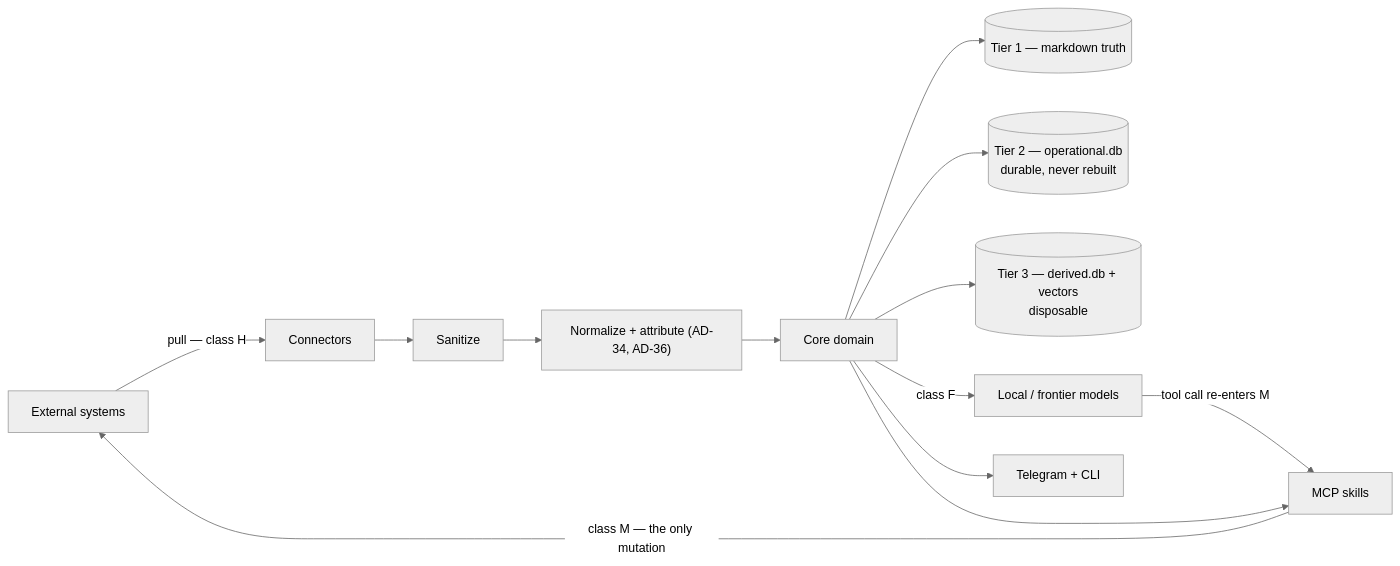
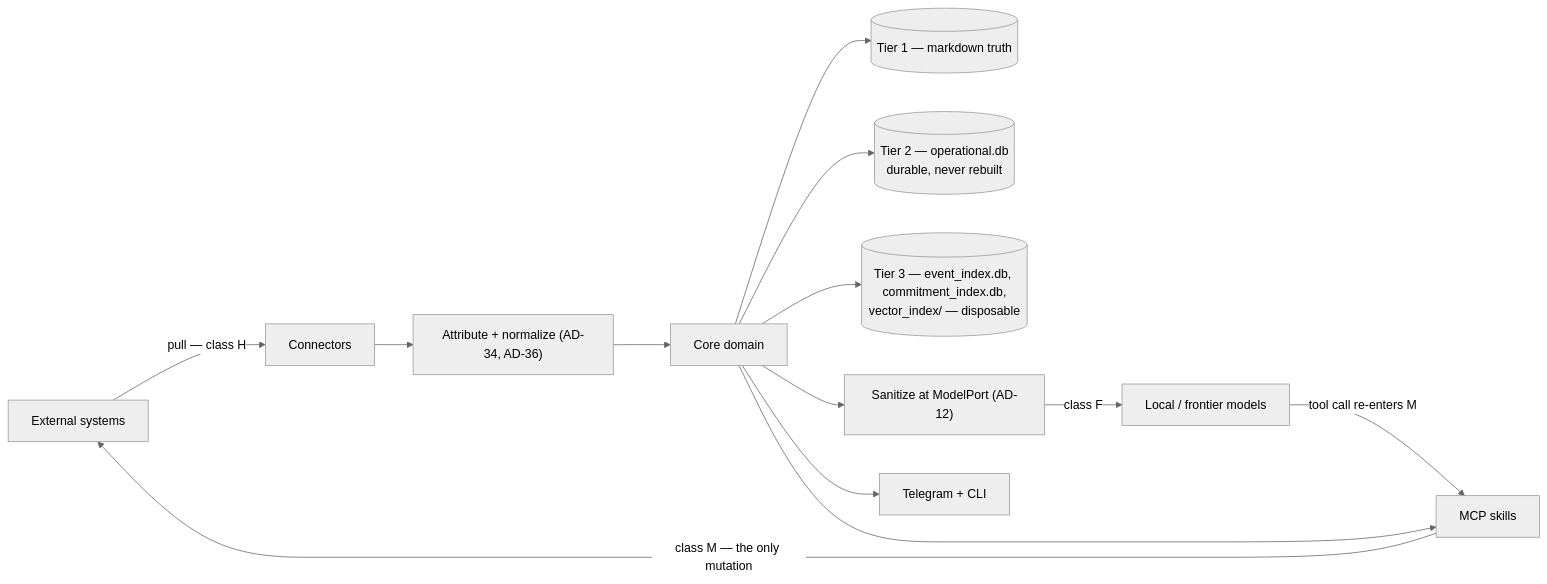
Before and after one commit to aramaniuk/pm-ai: the first of 2 diagrams in _bmad-output/planning-artifacts/architecture/architecture-pm-ai-2026-08-18/SOLUTION-DESIGN.md, drawn with Mermaid (neutral theme). The commit also changed other lines of this file and 2 other files, not shown here.

````diff
--- a/_bmad-output/planning-artifacts/architecture/architecture-pm-ai-2026-08-18/SOLUTION-DESIGN.md
+++ b/_bmad-output/planning-artifacts/architecture/architecture-pm-ai-2026-08-18/SOLUTION-DESIGN.md
@@ -39,15 +39,15 @@
 ```mermaid
 graph LR
     EXT[External systems] -->|"pull — class H"| CONN[Connectors]
-    CONN --> SAN[Sanitize]
-    SAN --> NORM["Normalize + attribute (AD-34, AD-36)"]
+    CONN --> NORM["Attribute + normalize (AD-34, AD-36)"]
     NORM --> CORE[Core domain]
     CORE --> T1[("Tier 1 — markdown truth")]
     CORE --> T2[("Tier 2 — operational.db<br/>durable, never rebuilt")]
-    CORE --> T3[("Tier 3 — derived.db + vectors<br/>disposable")]
-    CORE -->|"class F"| MODELS[Local / frontier models]
+    CORE --> T3[("Tier 3 — event_index.db, commitment_index.db,<br/>vector_index/ — disposable")]
+    CORE --> SAN["Sanitize at ModelPort (AD-12)"]
+    SAN -->|"class F"| MODELS[Local / frontier models]
     MODELS -->|"tool call re-enters M"| SKILLS
     CORE --> SKILLS[MCP skills]
     SKILLS -->|"class M — the only mutation"| EXT
     CORE --> SURF[Telegram + CLI]
 ```
````
